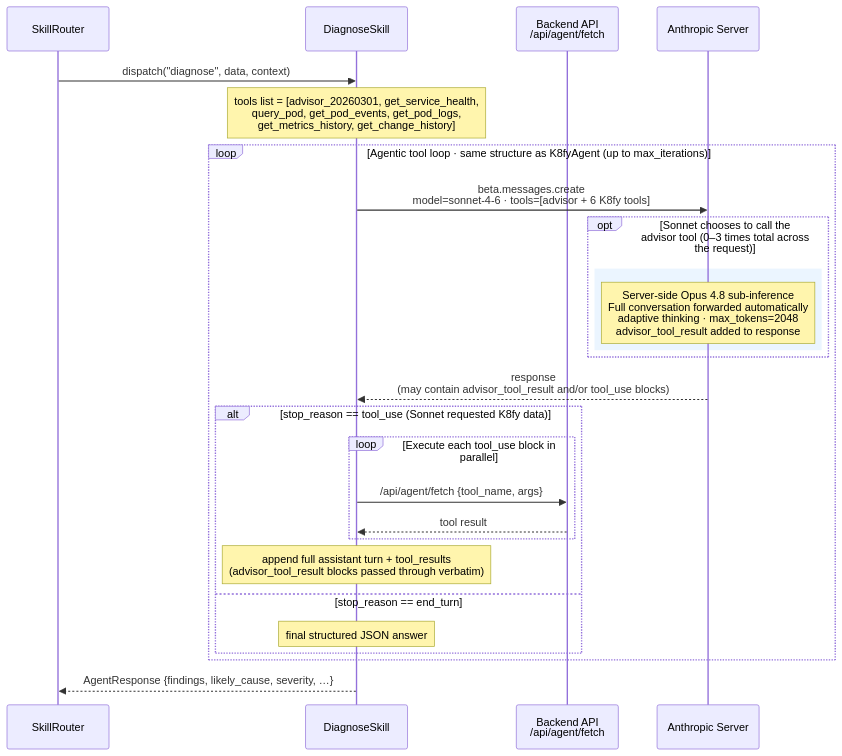
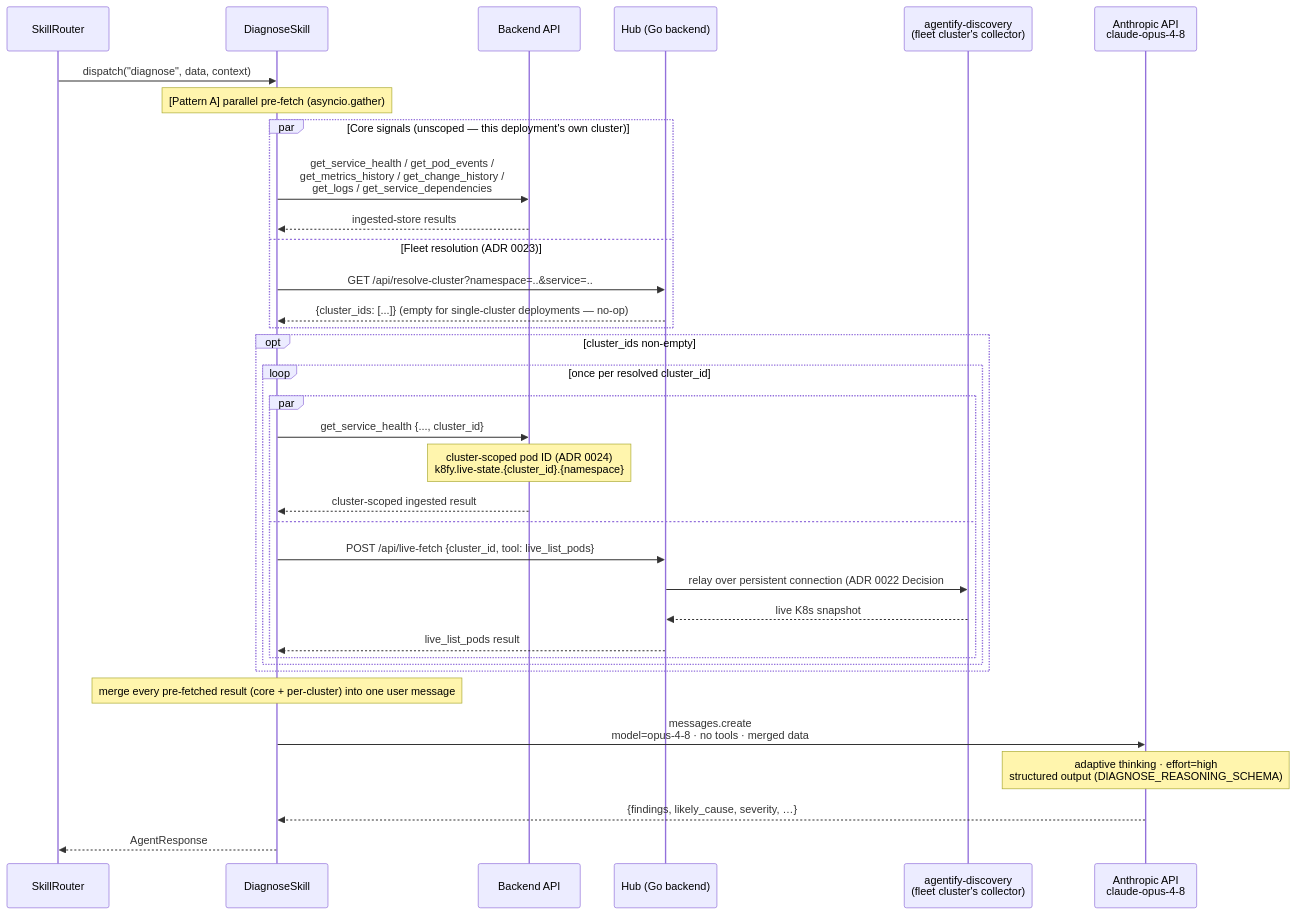
One commit to kschandramouli/agentify2 changed the fourth of 6 diagrams in docs/SEQUENCE_FLOWS.md. Above: the diagram before and after it, drawn with Mermaid. The commit also changed other lines of this file and 4 other files, not shown here.

First line of the commit message:
docs: update integration guide, sequence flows, deployment for fleet-collector work

````diff
--- a/docs/SEQUENCE_FLOWS.md
+++ b/docs/SEQUENCE_FLOWS.md
@@ -144,37 +148,44 @@
 ```mermaid
 sequenceDiagram
-    participant Router   as SkillRouter
-    participant Skill    as DiagnoseSkill
-    participant BE       as Backend API<br/>/api/agent/fetch
-    participant Anthropic as Anthropic Server
+    participant Router as SkillRouter
+    participant Skill  as DiagnoseSkill
+    participant BE     as Backend API
+    participant Hub    as Hub (Go backend)
+    participant Coll   as agentify-discovery<br/>(fleet cluster's collector)
+    participant Anthropic as Anthropic API<br/>claude-opus-4-8
 
     Router->>Skill: dispatch("diagnose", data, context)
 
-    Note over Skill: tools list = [advisor_20260301, get_service_health,<br/>query_pod, get_pod_events, get_pod_logs,<br/>get_metrics_history, get_change_history]
+    Note over Skill: [Pattern A] parallel pre-fetch (asyncio.gather)
 
-    loop Agentic tool loop · same structure as K8fyAgent (up to max_iterations)
+    par Core signals (unscoped — this deployment's own cluster)
+        Skill->>BE: get_service_health / get_pod_events /<br/>get_metrics_history / get_change_history /<br/>get_logs / get_service_dependencies
+        BE-->>Skill: ingested-store results
+    and Fleet resolution (ADR 0023)
+        Skill->>Hub: GET /api/resolve-cluster?namespace=..&service=..
+        Hub-->>Skill: {cluster_ids: [...]}  (empty for single-cluster deployments — no-op)
+    end
 
-        Skill->>Anthropic: beta.messages.create<br/>model=sonnet-4-6 · tools=[advisor + 6 K8fy tools]
-
-        opt Sonnet chooses to call the advisor tool (0–3 times total across the request)
-            rect rgb(235, 245, 255)
-                Note over Anthropic: Server-side Opus 4.8 sub-inference<br/>Full conversation forwarded automatically<br/>adaptive thinking · max_tokens=2048<br/>advisor_tool_result added to response
+    opt cluster_ids non-empty
+        loop once per resolved cluster_id
+            par
+                Skill->>BE: get_service_health {..., cluster_id}
+                Note over BE: cluster-scoped pod ID (ADR 0024)<br/>k8fy.live-state.{cluster_id}.{namespace}
+                BE-->>Skill: cluster-scoped ingested result
+            and
+                Skill->>Hub: POST /api/live-fetch {cluster_id, tool: live_list_pods}
+                Hub->>Coll: relay over persistent connection (ADR 0022 Decision #7)
+                Coll-->>Hub: live K8s snapshot
+                Hub-->>Skill: live_list_pods result
             end
         end
-
-        Anthropic-->>Skill: response<br/>(may contain advisor_tool_result and/or tool_use blocks)
-
-        alt stop_reason == tool_use  (Sonnet requested K8fy data)
-            loop Execute each tool_use block in parallel
-                Skill->>BE: /api/agent/fetch {tool_name, args}
-                BE-->>Skill: tool result
-            end
-            Note over Skill: append full assistant turn + tool_results<br/>(advisor_tool_result blocks passed through verbatim)
-        else stop_reason == end_turn
-            Note over Skill: final structured JSON answer
-        end
-
     end
 
-    Skill-->>Router: AgentResponse {findings, likely_cause, severity, …}
+    Note over Skill: merge every pre-fetched result (core + per-cluster) into one user message
+
+    Skill->>Anthropic: messages.create<br/>model=opus-4-8 · no tools · merged data
+    Note over Anthropic: adaptive thinking · effort=high<br/>structured output (DIAGNOSE_REASONING_SCHEMA)
+    Anthropic-->>Skill: {findings, likely_cause, severity, …}
+
+    Skill-->>Router: AgentResponse
 ```
````
